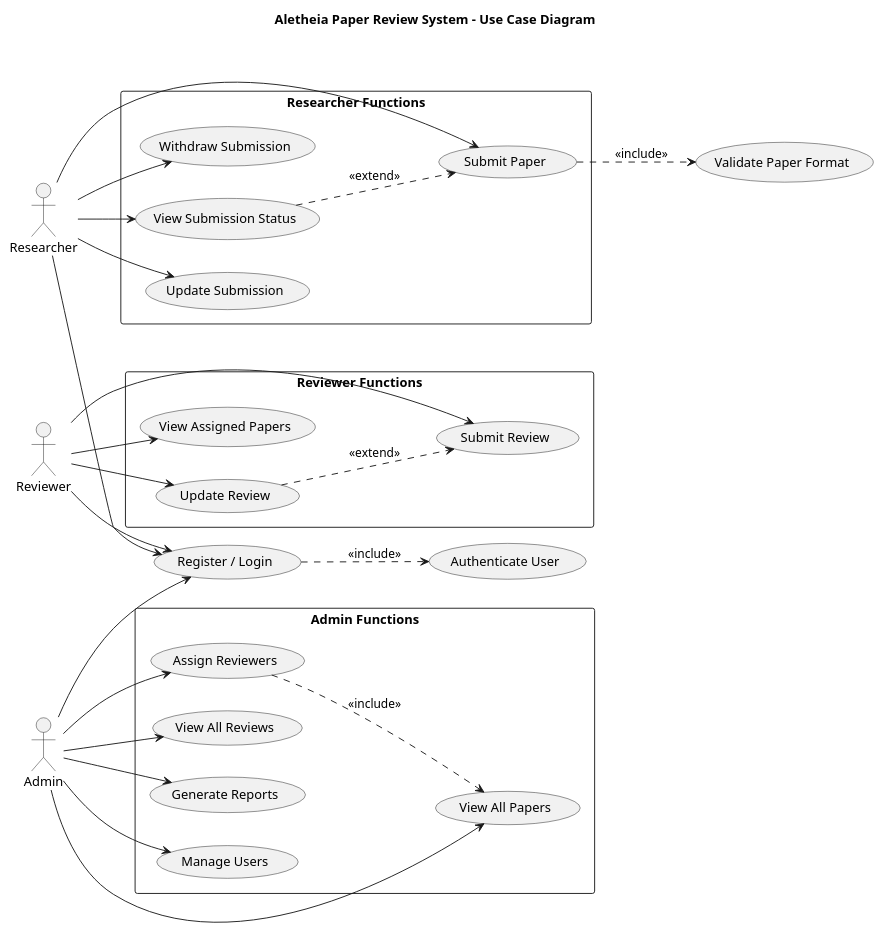
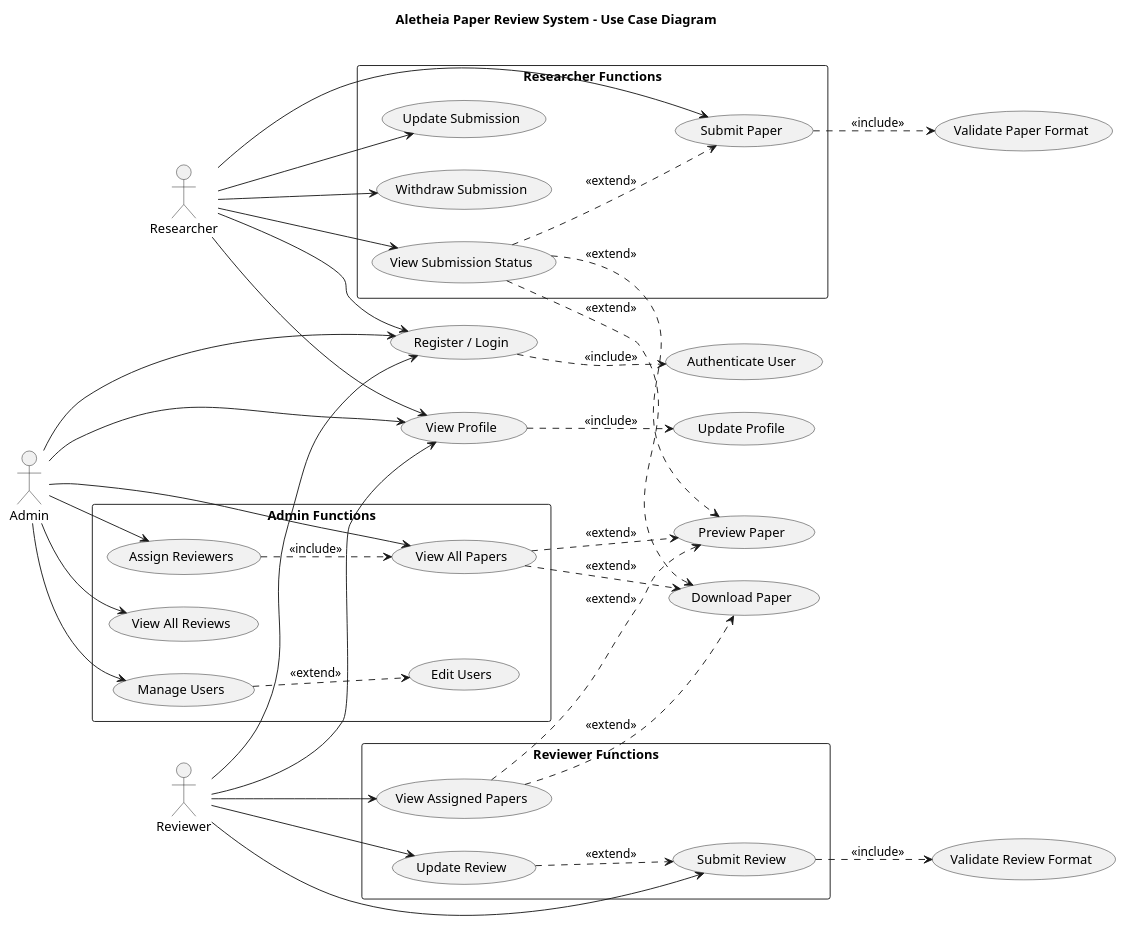
One commit to ShiroYaksha01/Aletheia changed the diagram in Report/Diagram/use_case.puml. Above: the diagram before and after it, drawn with PlantUML. The commit also changed 5 other files, not shown here.

Commit message:
Editing diagram

```diff
--- a/Report/Diagram/use_case.puml
+++ b/Report/Diagram/use_case.puml
@@ -1,62 +1,85 @@
 @startuml aletheia_use_case_diagram
 title Aletheia Paper Review System - Use Case Diagram
 left to right direction
 
 actor Researcher
 actor Reviewer
 actor Admin
 
 usecase (Register / Login) as UC1
 
 rectangle "Researcher Functions" {
     usecase (Submit Paper) as UC2
     usecase (View Submission Status) as UC3
     usecase (Update Submission) as UC4
     usecase (Withdraw Submission) as UC5
 }
 
 rectangle "Reviewer Functions" {
     usecase (View Assigned Papers) as UC6
     usecase (Submit Review) as UC7
     usecase (Update Review) as UC8
 }
 
 rectangle "Admin Functions" {
     usecase (Manage Users) as UC9
+    usecase (Edit Users) as UC9a
     usecase (Assign Reviewers) as UC10
     usecase (View All Papers) as UC11
     usecase (View All Reviews) as UC12
-    usecase (Generate Reports) as UC13
 }
 
+usecase (Validate Review Format) as UC13
 usecase (Authenticate User) as UC14
 usecase (Validate Paper Format) as UC15
+usecase (View Profile) as UC16
+usecase (Update Profile) as UC17
+usecase (Preview Paper) as UC18
+usecase (Download Paper) as UC19
 
 Researcher --> UC1
 Researcher --> UC2
 Researcher --> UC3
 Researcher --> UC4
 Researcher --> UC5
+Researcher --> UC16
+
 
 Reviewer --> UC1
 Reviewer --> UC6
 Reviewer --> UC7
 Reviewer --> UC8
+Reviewer --> UC16
+
 
 Admin --> UC1
 Admin --> UC9
 Admin --> UC10
 Admin --> UC11
 Admin --> UC12
-Admin --> UC13
+Admin --> UC16
+
+
 
 ' Include relationships
 UC1 ..> UC14 : <<include>>
 UC2 ..> UC15 : <<include>>
 UC10 ..> UC11 : <<include>>
+UC7 ..> UC13 : <<include>>
+UC16 ..> UC17 : <<include>>
+
+
 
 ' Extend relationships
 UC8 ..> UC7 : <<extend>>
 UC3 ..> UC2 : <<extend>>
+UC3 ..> UC18 : <<extend>>
+UC3 ..> UC19 : <<extend>>
+UC6 ..> UC18 : <<extend>>
+UC6 ..> UC19 : <<extend>>
+UC11 ..> UC18 : <<extend>>
+UC11 ..> UC19 : <<extend>>
+UC9 ..> UC9a : <<extend>>
+
 
 @enduml
```
